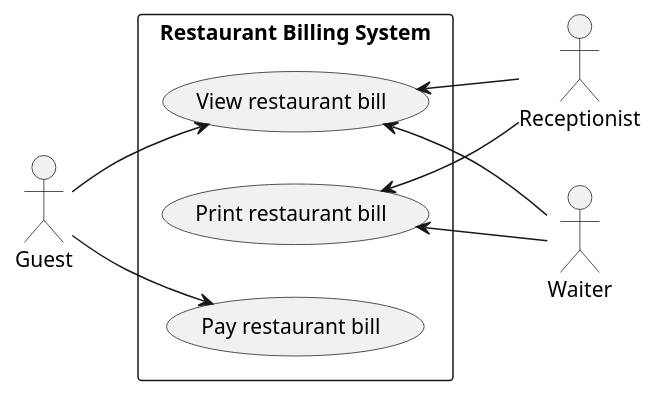
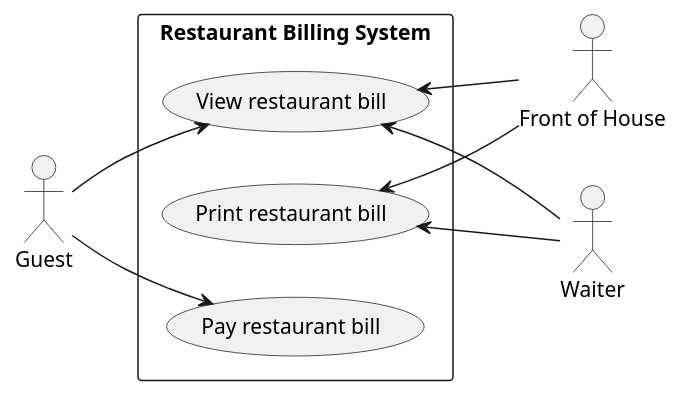
One commit to mrjink/molveno changed the diagram in src/main/docs/uml/use-case/restaurant/billing.puml. Above: the diagram before and after it, drawn with PlantUML. The commit also changed 5 other files, not shown here.

Commit message:
Updated UML

```diff
--- a/src/main/docs/uml/use-case/restaurant/billing.puml
+++ b/src/main/docs/uml/use-case/restaurant/billing.puml
@@ -1,24 +1,24 @@
 @startuml
 
 left to right direction
 
-actor Receptionist
+actor "Front of House" as FoH
 actor Guest
 actor Waiter
 
 rectangle "Restaurant Billing System" {
     (View restaurant bill) as (TableBillView)
     (Pay restaurant bill) as (TableBillPay)
     (Print restaurant bill) as (TableBillPrint)
 
     Guest --> (TableBillView)
     Guest --> (TableBillPay)
 
-    (TableBillView) <-- Receptionist
-    (TableBillPrint) <-- Receptionist
+    (TableBillView) <-- FoH
+    (TableBillPrint) <-- FoH
 
     (TableBillView) <-- Waiter
     (TableBillPrint) <-- Waiter
 }
 
 @enduml
```
